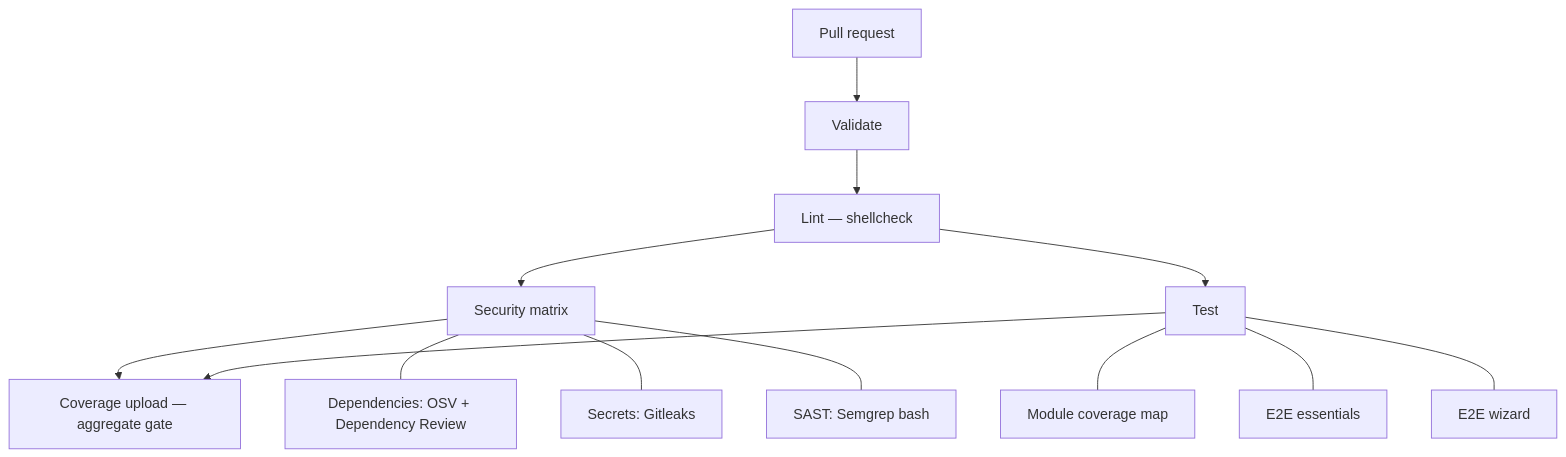
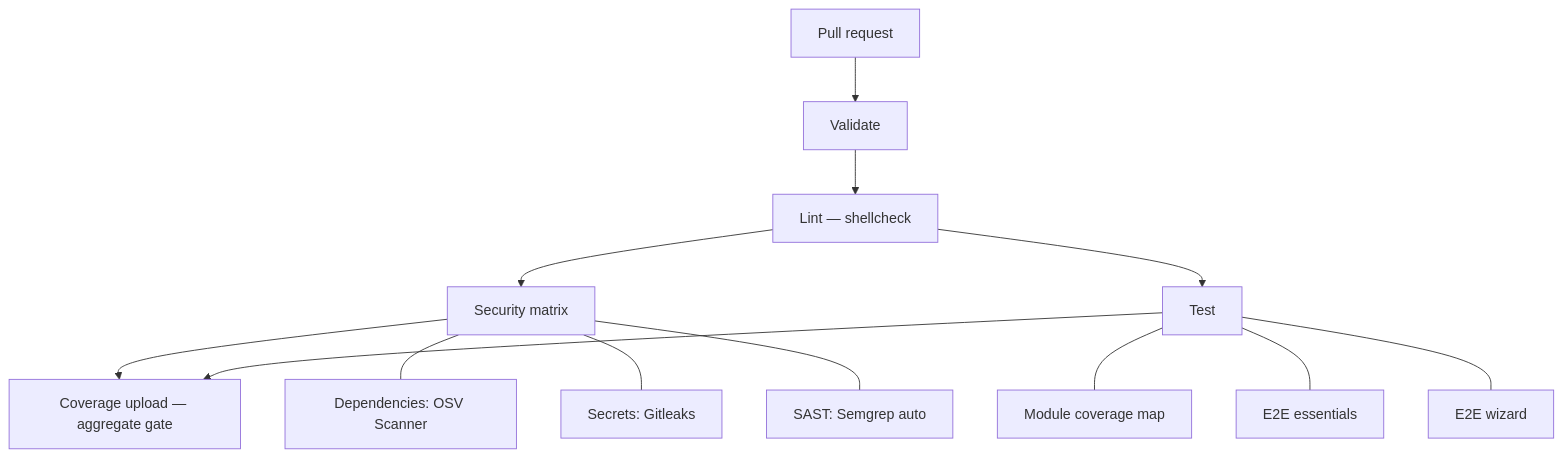
The second of 2 diagrams in WORKFLOWS.md (jooservices/server-installer), drawn with Mermaid before and after one commit. The commit also changed other lines of this file and 1 other file, not shown here.

Commit message:
fix: Drop Dependency Review from CI security matrix
Private/GHAS-less repos reject the action; keep OSV for the Dependencies leg.

````diff
--- a/WORKFLOWS.md
+++ b/WORKFLOWS.md
@@ -45,16 +45,16 @@
 ```mermaid
 flowchart TD
     PR[Pull request] --> V[Validate]
     V --> L[Lint — shellcheck]
     L --> S[Security matrix]
     L --> T[Test]
     S --> C[Coverage upload — aggregate gate]
     T --> C
 
-    S --- S1[Dependencies: OSV + Dependency Review]
+    S --- S1[Dependencies: OSV Scanner]
     S --- S2[Secrets: Gitleaks]
-    S --- S3[SAST: Semgrep bash]
+    S --- S3[SAST: Semgrep auto]
     T --- T1[Module coverage map]
     T --- T2[E2E essentials]
     T --- T3[E2E wizard]
 ```
````
